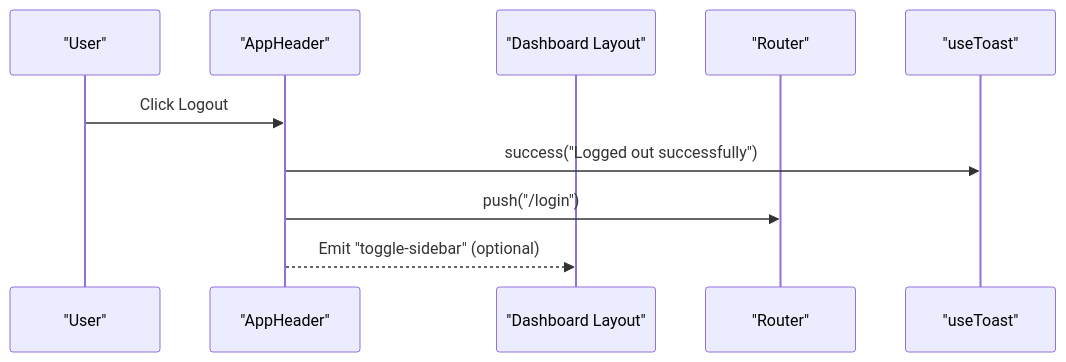
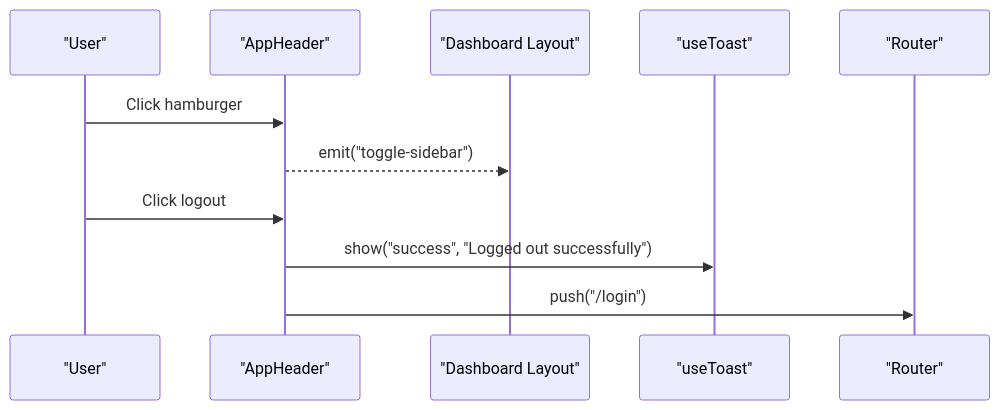
Before and after one commit to Lazynerd-Studios/lacarte-atlas-console: the fourth of 9 diagrams in .qoder/repowiki/en/content/Core UI Components/Core UI Components.md, drawn with Mermaid. The commit also changed other lines of this file and 139 other files, not shown here.

````diff
--- a/.qoder/repowiki/en/content/Core UI Components/Core UI Components.md
+++ b/.qoder/repowiki/en/content/Core UI Components/Core UI Components.md
@@ -205,12 +257,13 @@
 ```mermaid
 sequenceDiagram
 participant User as "User"
 participant Header as "AppHeader"
 participant Layout as "Dashboard Layout"
+participant Toast as "useToast"
 participant Router as "Router"
-participant Toast as "useToast"
-User->>Header : Click Logout
-Header->>Toast : success("Logged out successfully")
+User->>Header : Click hamburger
+Header-->>Layout : emit("toggle-sidebar")
+User->>Header : Click logout
+Header->>Toast : show("success", "Logged out successfully")
 Header->>Router : push("/login")
-Header-->>Layout : Emit "toggle-sidebar" (optional)
 ```
````
